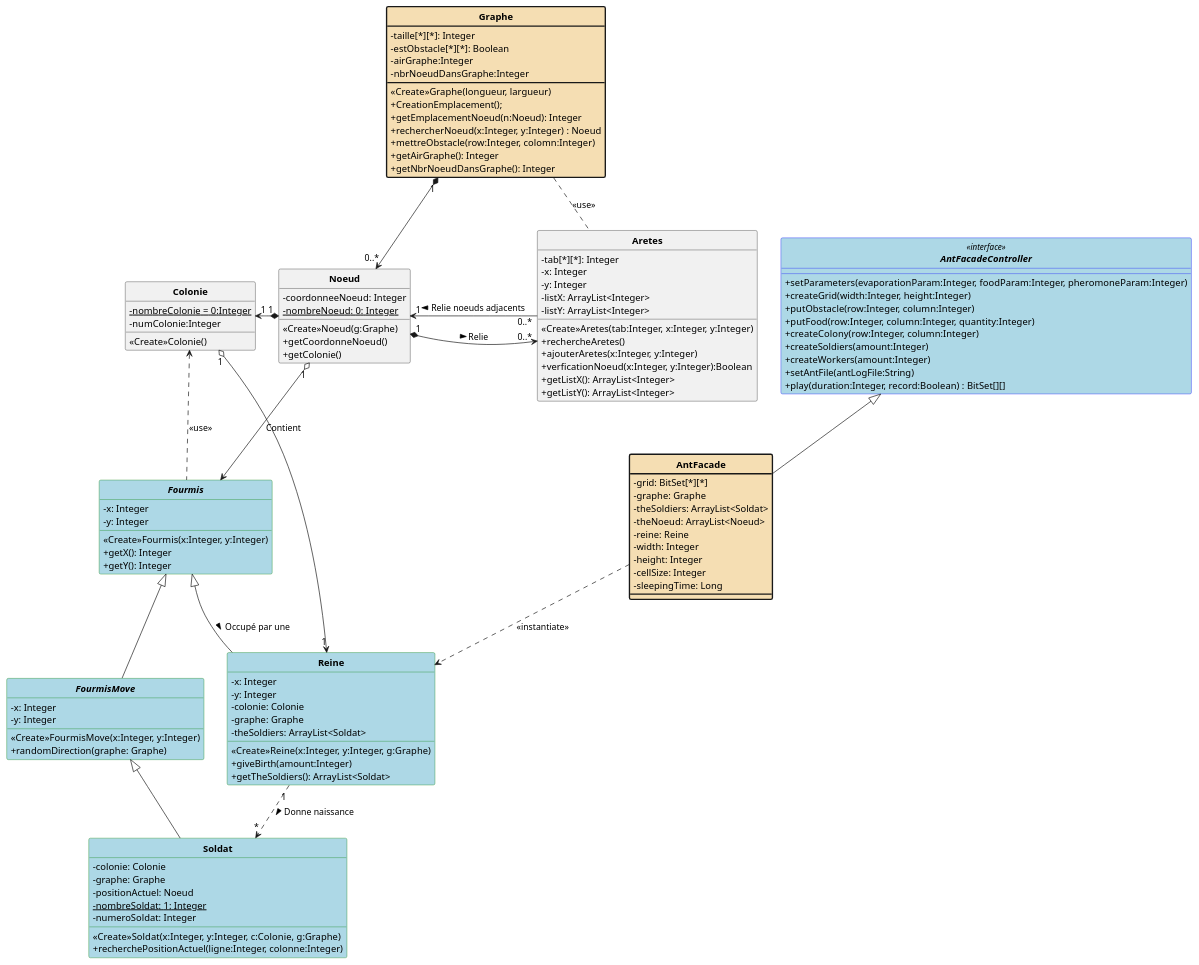
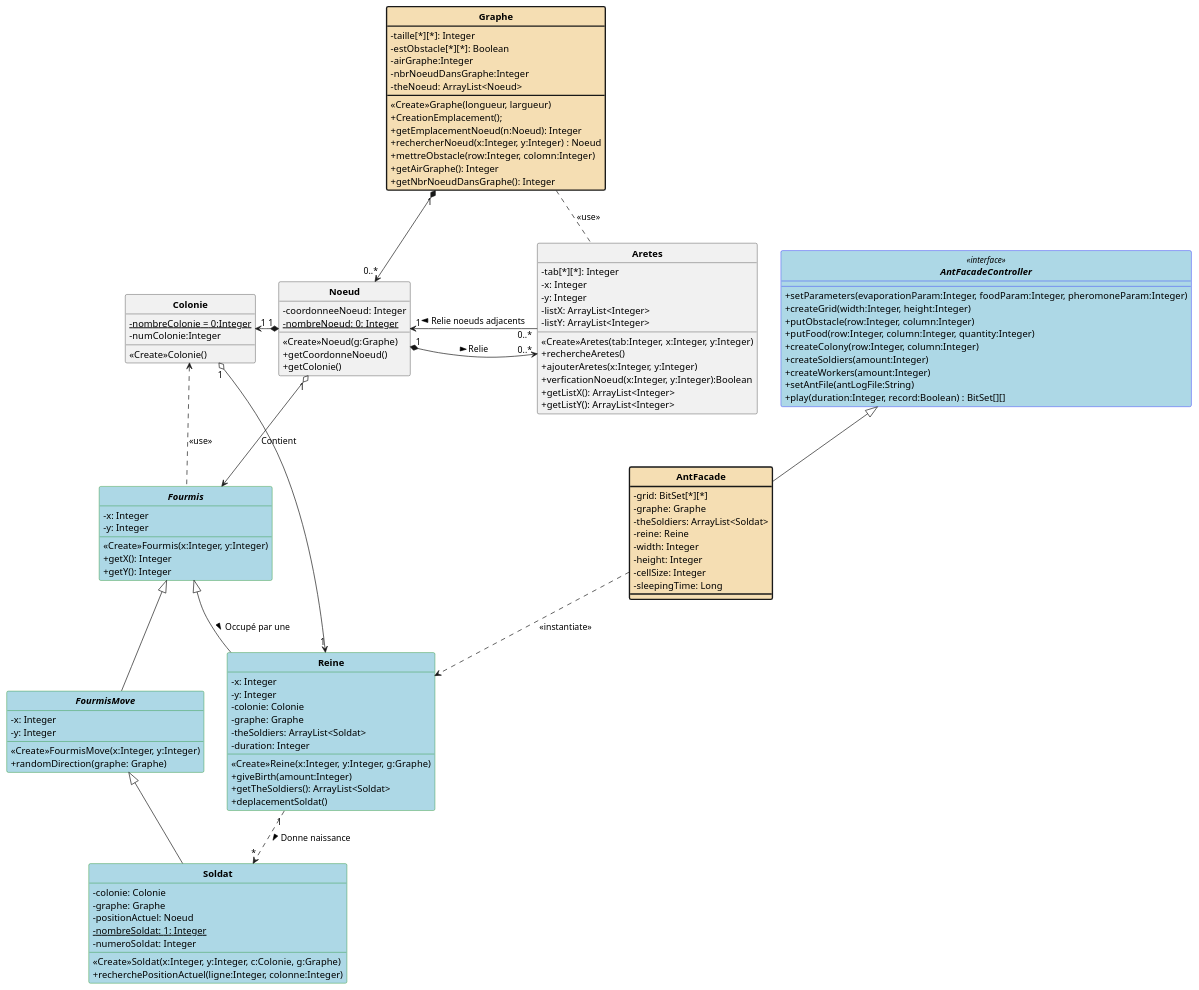
One commit to jvondermarck/ant-colony changed the diagram in plantUML/V1/Fourmis_DC_Conception.puml. Above: the diagram before and after it, drawn with PlantUML. The commit also changed 7 other files, not shown here.

```diff
--- a/plantUML/V1/Fourmis_DC_Conception.puml
+++ b/plantUML/V1/Fourmis_DC_Conception.puml
@@ -1,137 +1,139 @@
 @startuml
 'https://plantuml.com/class-diagram
 
 skinparam style strictuml
 skinparam classAttributeIconSize 0
 skinparam classFontStyle Bold
 hide enum methods
 
 
 interface AntFacadeController <<interface>> #lightblue;line:blue {
     +setParameters(evaporationParam:Integer, foodParam:Integer, pheromoneParam:Integer)
     +createGrid(width:Integer, height:Integer)
     +putObstacle(row:Integer, column:Integer)
     +putFood(row:Integer, column:Integer, quantity:Integer)
     +createColony(row:Integer, column:Integer)
     +createSoldiers(amount:Integer)
     +createWorkers(amount:Integer)
     +setAntFile(antLogFile:String)
     +play(duration:Integer, record:Boolean) : BitSet[][]
 }
 
 class Graphe #back:Wheat;line.bold {
     -taille[*][*]: Integer
     -estObstacle[*][*]: Boolean
     -airGraphe:Integer
     -nbrNoeudDansGraphe:Integer
+    -theNoeud: ArrayList<Noeud>
 
     <<Create>>Graphe(longueur, largueur)
     +CreationEmplacement();
     +getEmplacementNoeud(n:Noeud): Integer
     +rechercherNoeud(x:Integer, y:Integer) : Noeud
     +mettreObstacle(row:Integer, colomn:Integer)
     +getAirGraphe(): Integer
     +getNbrNoeudDansGraphe(): Integer
 }
 
 class Colonie {
     -{static} nombreColonie = 0:Integer
     -numColonie:Integer
     <<Create>>Colonie()
 }
 
 class Noeud{
     -coordonneeNoeud: Integer
     -{static} nombreNoeud: 0: Integer
 
     <<Create>>Noeud(g:Graphe)
     +getCoordonneNoeud()
     +getColonie()
 }
 
 class AntFacade #back:Wheat;line.bold {
     -grid: BitSet[*][*]
     -graphe: Graphe
     -theSoldiers: ArrayList<Soldat>
-    -theNoeud: ArrayList<Noeud>
     -reine: Reine
     -width: Integer
     -height: Integer
     -cellSize: Integer
     -sleepingTime: Long
 }
 
 class Aretes {
     -tab[*][*]: Integer
     -x: Integer
     -y: Integer
     -listX: ArrayList<Integer>
     -listY: ArrayList<Integer>
 
     <<Create>>Aretes(tab:Integer, x:Integer, y:Integer)
     +rechercheAretes()
     +ajouterAretes(x:Integer, y:Integer)
     +verficationNoeud(x:Integer, y:Integer):Boolean
     +getListX(): ArrayList<Integer>
     +getListY(): ArrayList<Integer>
 }
 
 abstract class Fourmis #lightblue;line:green {
     -x: Integer
     -y: Integer
 
     <<Create>>Fourmis(x:Integer, y:Integer)
     +getX(): Integer
     +getY(): Integer
 }
 
 class Reine #lightblue;line:green {
     -x: Integer
     -y: Integer
     -colonie: Colonie
     -graphe: Graphe
     -theSoldiers: ArrayList<Soldat>
+    -duration: Integer
 
     <<Create>>Reine(x:Integer, y:Integer, g:Graphe)
     +giveBirth(amount:Integer)
     +getTheSoldiers(): ArrayList<Soldat>
+    +deplacementSoldat()
 }
 
 abstract class FourmisMove #lightblue;line:green {
     -x: Integer
     -y: Integer
 
     <<Create>>FourmisMove(x:Integer, y:Integer)
     +randomDirection(graphe: Graphe)
 }
 
 class Soldat #lightblue;line:green {
     -colonie: Colonie
     -graphe: Graphe
     -positionActuel: Noeud
     -{static} nombreSoldat: 1: Integer
     -numeroSoldat: Integer
 
     <<Create>>Soldat(x:Integer, y:Integer, c:Colonie, g:Graphe)
     +recherchePositionActuel(ligne:Integer, colonne:Integer)
 }
 
 AntFacadeController <|-- AntFacade
 AntFacade ..> Reine : <<instantiate>>
 
 Graphe "1" *--> "0..*" Noeud
 
 Noeud "\n1" *-> "0..*" Aretes : \n Relie  >
 Aretes "0..*" -> "1" Noeud : Relie noeuds adjacents >
 
 Graphe .. Aretes : <<use>>
 Noeud "1" *-left> "1" Colonie
 Colonie <.. Fourmis : <<use>>
 Reine "1" <-lefto "1" Colonie
 Noeud "1" o--> Fourmis : Contient
 Fourmis <|-- Reine : Occupé par une >
 Fourmis <|-- FourmisMove
 FourmisMove <|-- Soldat
 Reine "1" ..> "*" Soldat : Donne naissance >
 
 @enduml
```
